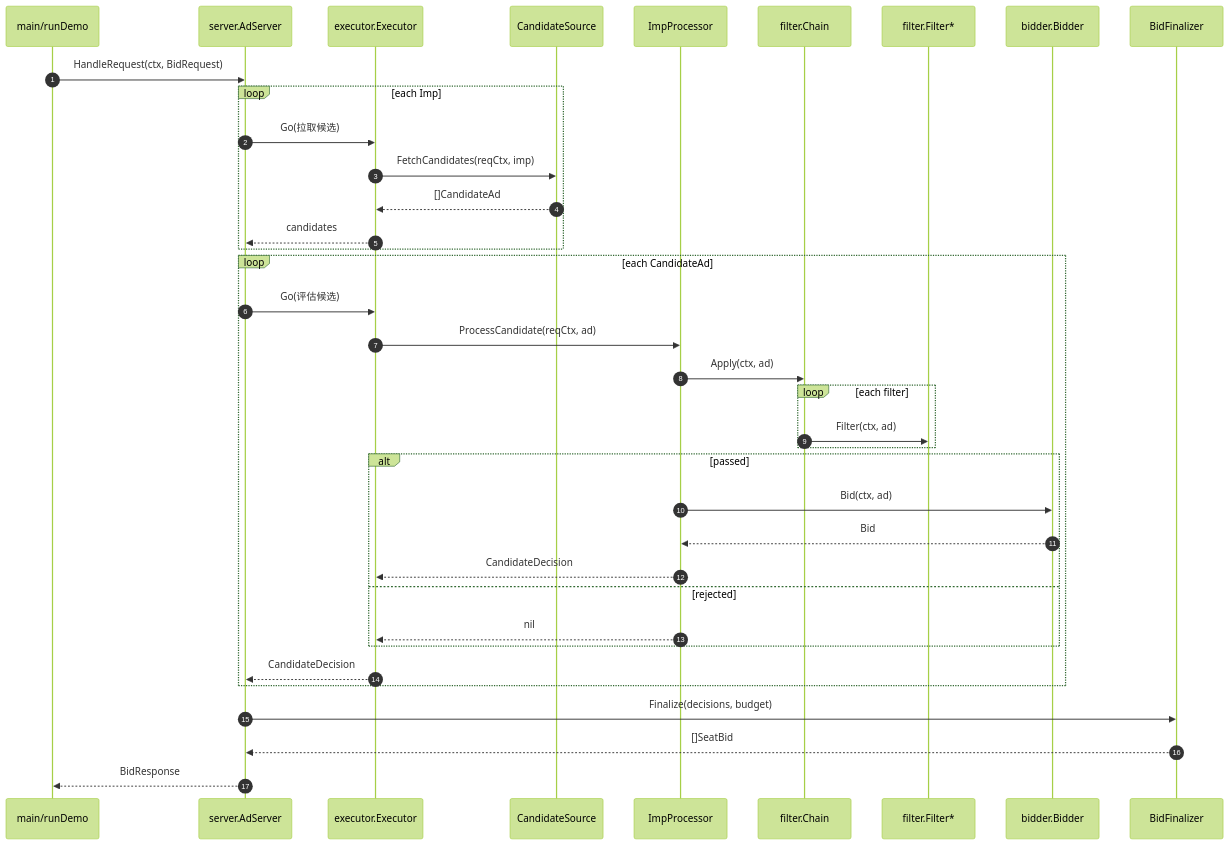
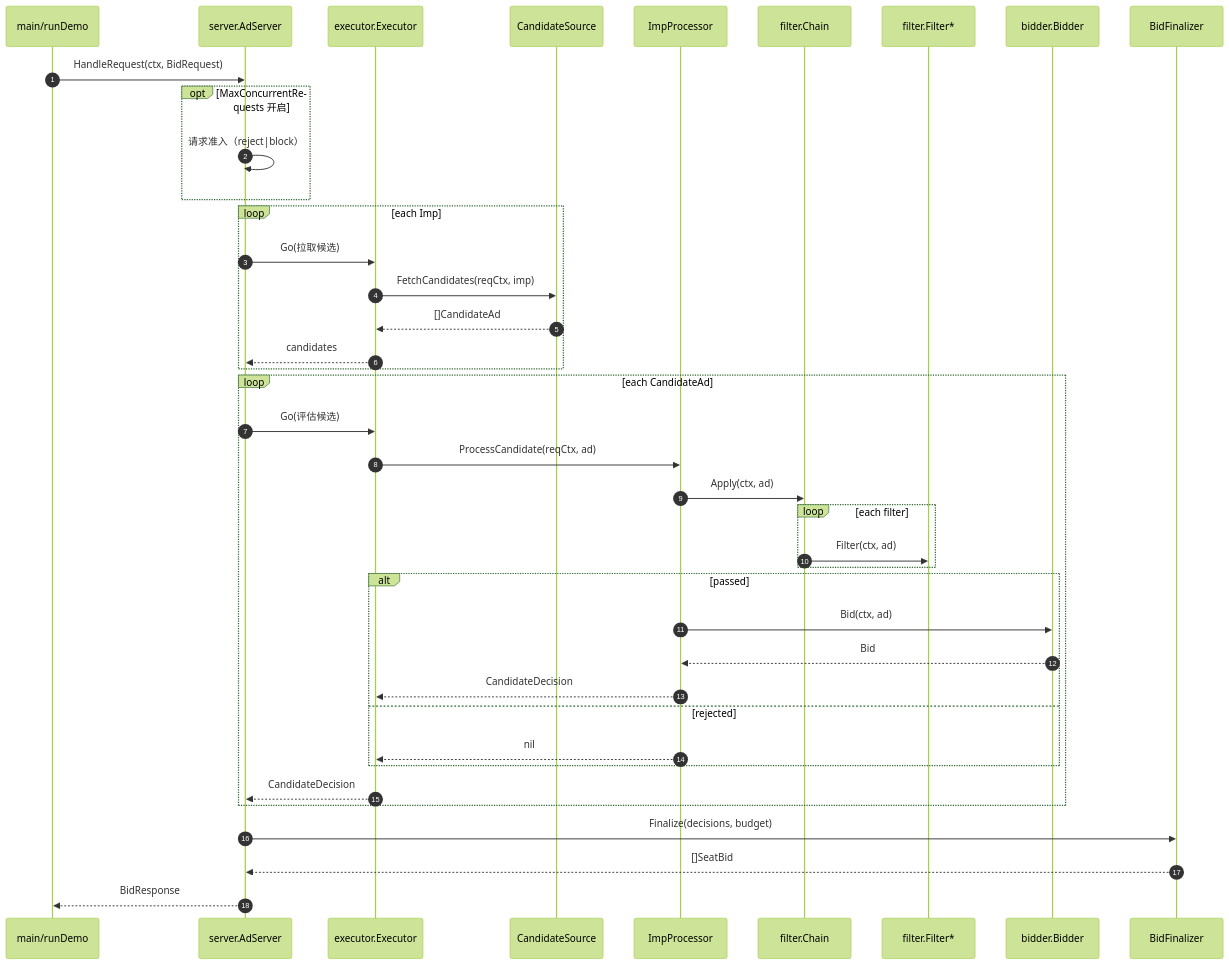
Before and after one commit to songfei1983/adreq: the first of 2 diagrams in docs/sequence.zh.md, drawn with Mermaid (forest theme). The commit also changed other lines of this file and 33 other files, not shown here.

````diff
--- a/docs/sequence.zh.md
+++ b/docs/sequence.zh.md
@@ -10,40 +10,43 @@
 ```mermaid
 sequenceDiagram
   autonumber
   participant Caller as main/runDemo
   participant S as server.AdServer
   participant E as executor.Executor
   participant CS as CandidateSource
   participant P as ImpProcessor
   participant FC as filter.Chain
   participant F as filter.Filter*
   participant B as bidder.Bidder
   participant Fin as BidFinalizer
 
   Caller->>S: HandleRequest(ctx, BidRequest)
+  opt MaxConcurrentRequests 开启
+    S->>S: 请求准入（reject|block）
+  end
   loop each Imp
     S->>E: Go(拉取候选)
     E->>CS: FetchCandidates(reqCtx, imp)
     CS-->>E: []CandidateAd
     E-->>S: candidates
   end
   loop each CandidateAd
     S->>E: Go(评估候选)
     E->>P: ProcessCandidate(reqCtx, ad)
     P->>FC: Apply(ctx, ad)
     loop each filter
       FC->>F: Filter(ctx, ad)
     end
     alt passed
       P->>B: Bid(ctx, ad)
       B-->>P: Bid
       P-->>E: CandidateDecision
     else rejected
       P-->>E: nil
     end
     E-->>S: CandidateDecision
   end
   S->>Fin: Finalize(decisions, budget)
   Fin-->>S: []SeatBid
   S-->>Caller: BidResponse
 ```
````
